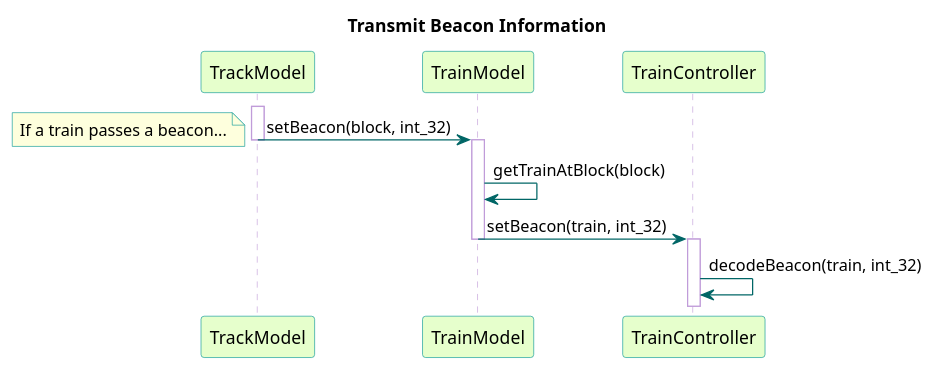
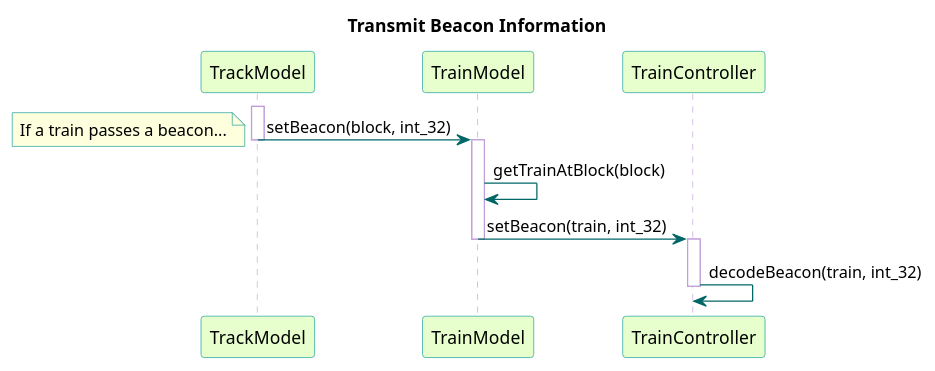
One commit to kevingilboy/COE1186 changed the diagram in TrainSystem/yUML/Sequence Diagrams/Overall/TransmitBeaconInformation.pu. Above: the diagram before and after it, drawn with PlantUML. The commit also changed 1 other file, not shown here.

```diff
--- a/TrainSystem/yUML/Sequence Diagrams/Overall/TransmitBeaconInformation.pu
+++ b/TrainSystem/yUML/Sequence Diagrams/Overall/TransmitBeaconInformation.pu
@@ -1,32 +1,32 @@
 @startuml
 
 title Transmit Beacon Information
 
 skinparam noteBorderColor #049595
 
 skinparam sequence {
 	BackgroundColor transparent
 	ParticipantBackgroundColor #e6ffcc
 	ParticipantBorderColor 	#049595
 	PackageBorderCOlor  #049595
 	ArrowColor #006666
 	LifeLineBorderColor #c09cd9
 }
 
 participant TrackModel
 participant TrainModel
 participant TrainController
 
 activate TrackModel
 TrackModel -> TrainModel : setBeacon(block, int_32)
 note left: If a train passes a beacon...
 deactivate TrackModel
 
 activate TrainModel
 TrainModel -> TrainModel : getTrainAtBlock(block)
 TrainModel -> TrainController : setBeacon(train, int_32)
 deactivate TrainModel
 activate TrainController
 TrainController -> TrainController : decodeBeacon(train, int_32)
-
+deactivate TrainController
 @enduml
```
